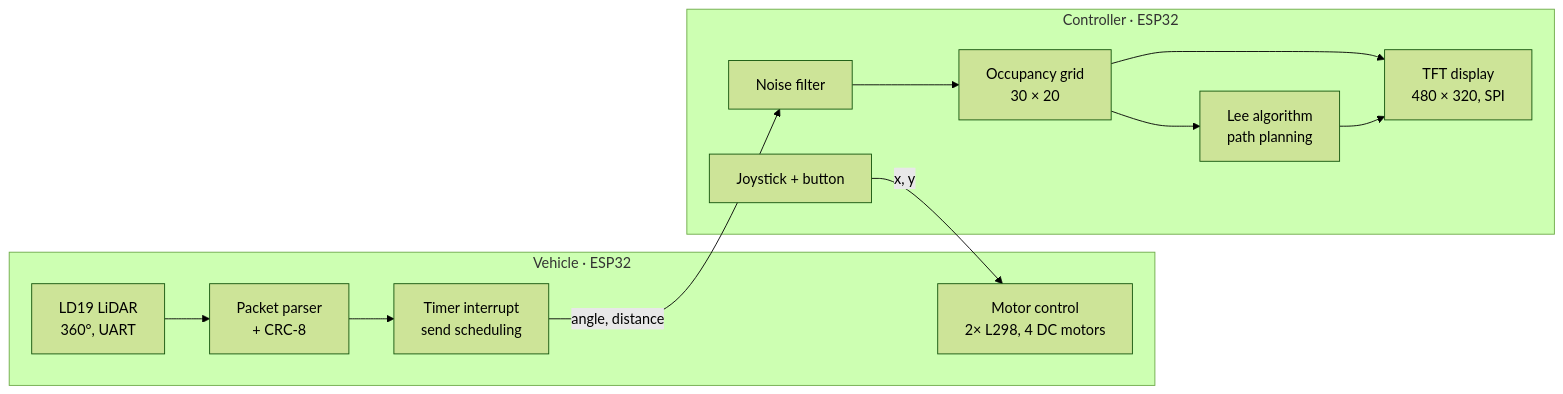
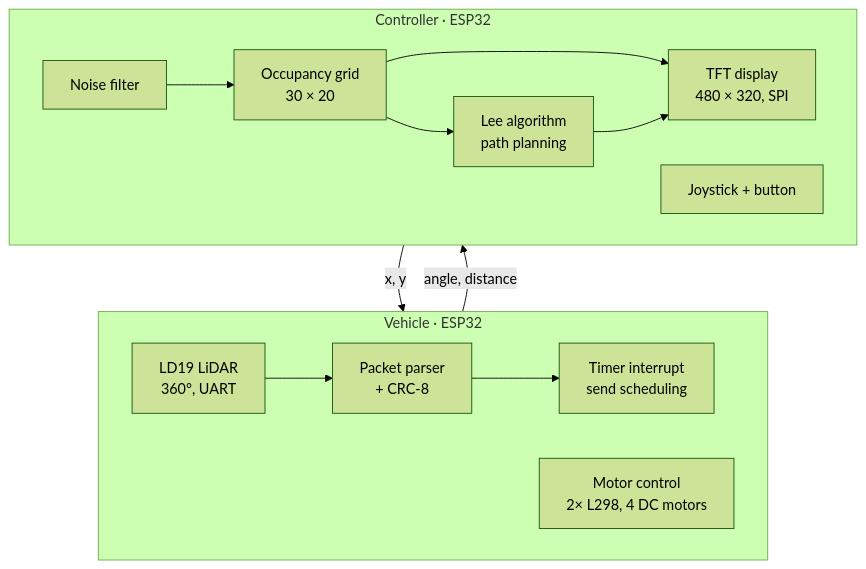
Before and after one commit to DeeQay/KEDRA-KILIC-Diplomarbeit: the diagram in README.md, drawn with Mermaid (forest theme).

Commit message:
Make architecture diagram easier to read

````diff
--- a/README.md
+++ b/README.md
@@ -53,19 +53,21 @@
 ```mermaid
-flowchart LR
+flowchart TB
     subgraph Vehicle["Vehicle · ESP32"]
+        direction LR
         L[LD19 LiDAR<br/>360°, UART] --> P[Packet parser<br/>+ CRC-8]
         P --> T[Timer interrupt<br/>send scheduling]
         M[Motor control<br/>2× L298, 4 DC motors]
     end
 
     subgraph Controller["Controller · ESP32"]
+        direction LR
         F[Noise filter] --> MAP[Occupancy grid<br/>30 × 20]
         MAP --> D[TFT display<br/>480 × 320, SPI]
         MAP --> LEE[Lee algorithm<br/>path planning]
         LEE --> D
         J[Joystick + button]
     end
 
     T -- "angle, distance" --> F
     J -- "x, y" --> M
 ```
````
